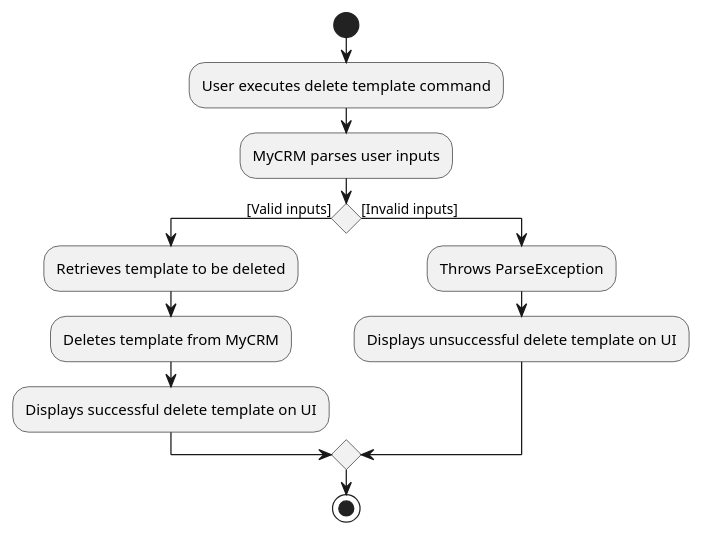
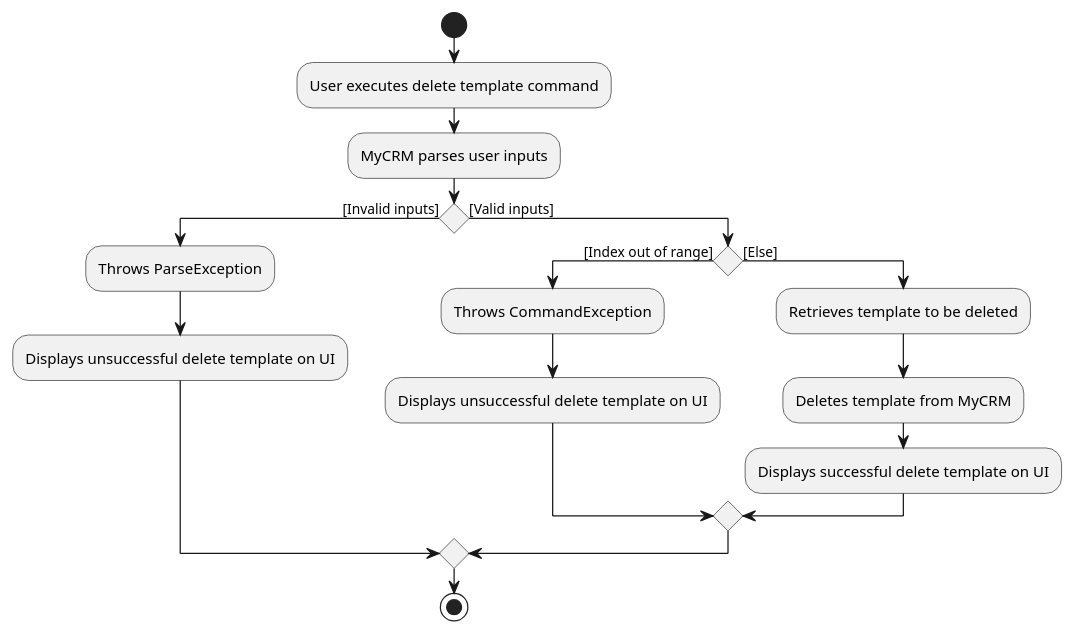
Before and after one commit to ooawagaeri/tp: the diagram in docs/diagrams/mail/DeleteTemplateActivityDiagram.puml, drawn with PlantUML. The commit also changed 14 other files, not shown here.

```diff
--- a/docs/diagrams/mail/DeleteTemplateActivityDiagram.puml
+++ b/docs/diagrams/mail/DeleteTemplateActivityDiagram.puml
@@ -1,15 +1,20 @@
 @startuml
 start
 :User executes delete template command;
 :MyCRM parses user inputs;
-if () then ([Valid inputs])
-    :Retrieves template to be deleted;
-    :Deletes template from MyCRM;
-    :Displays successful delete template on UI;
-else ([Invalid inputs])
+if () then ([Invalid inputs])
     :Throws ParseException;
     :Displays unsuccessful delete template on UI;
+else ([Valid inputs])
+    if () then ([Index out of range])
+        :Throws CommandException;
+        :Displays unsuccessful delete template on UI;
+    else ([Else])
+        :Retrieves template to be deleted;
+        :Deletes template from MyCRM;
+        :Displays successful delete template on UI;
+    endif
 endif
 stop
 
 @enduml
```
